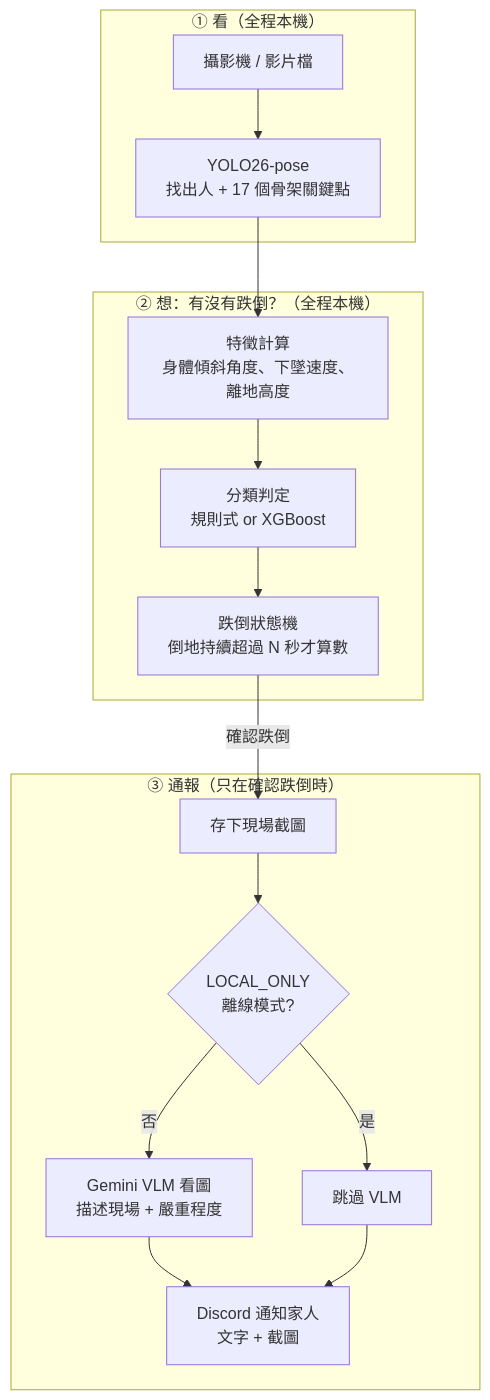
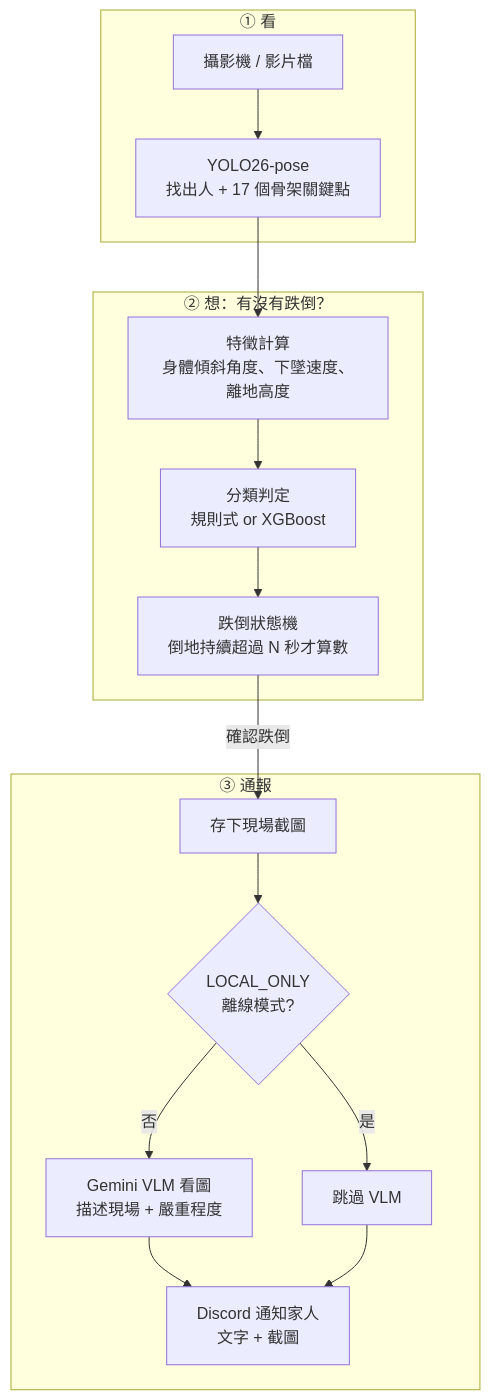
Before and after one commit to kuotunyu/fall-guard-cv: the first of 2 diagrams in README.md, drawn with Mermaid. The commit also changed other lines of this file and 2 other files, not shown here.

````diff
--- a/README.md
+++ b/README.md
@@ -17,19 +17,19 @@
 ```mermaid
 flowchart TD
-    subgraph S1["① 看（全程本機）"]
+    subgraph S1["① 看"]
         A["攝影機 / 影片檔"] --> B["YOLO26-pose<br/>找出人 + 17 個骨架關鍵點"]
     end
-    subgraph S2["② 想：有沒有跌倒？（全程本機）"]
+    subgraph S2["② 想：有沒有跌倒？"]
         B --> C["特徵計算<br/>身體傾斜角度、下墜速度、離地高度"]
         C --> D["分類判定<br/>規則式 or XGBoost"]
         D --> E["跌倒狀態機<br/>倒地持續超過 N 秒才算數"]
     end
-    subgraph S3["③ 通報（只在確認跌倒時）"]
+    subgraph S3["③ 通報"]
         E -->|確認跌倒| F["存下現場截圖"]
         F --> G{"LOCAL_ONLY<br/>離線模式?"}
         G -->|否| H["Gemini VLM 看圖<br/>描述現場 + 嚴重程度"]
         G -->|是| I["跳過 VLM"]
         H --> J["Discord 通知家人<br/>文字 + 截圖"]
         I --> J
     end
 ```
````
